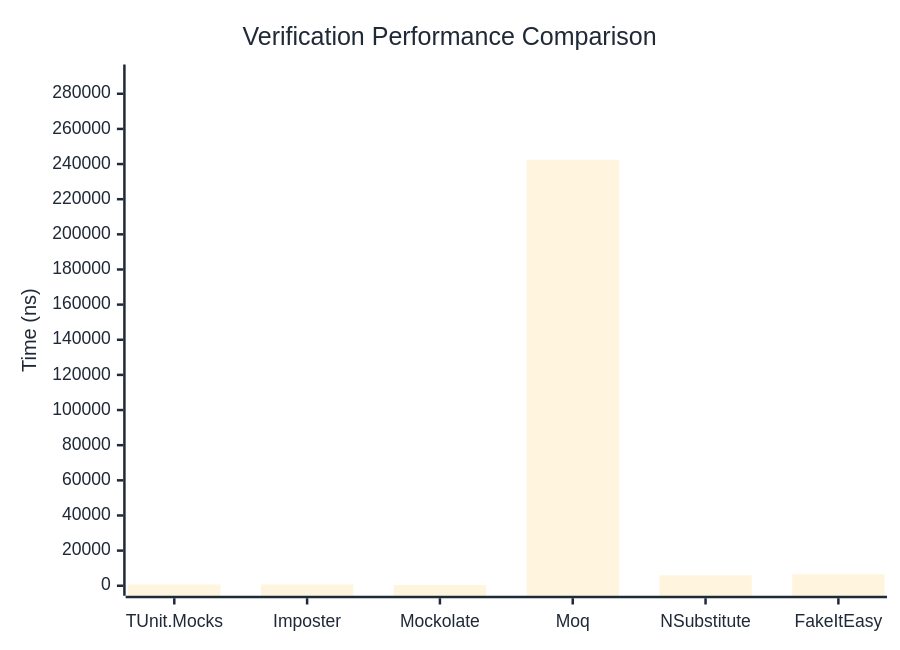
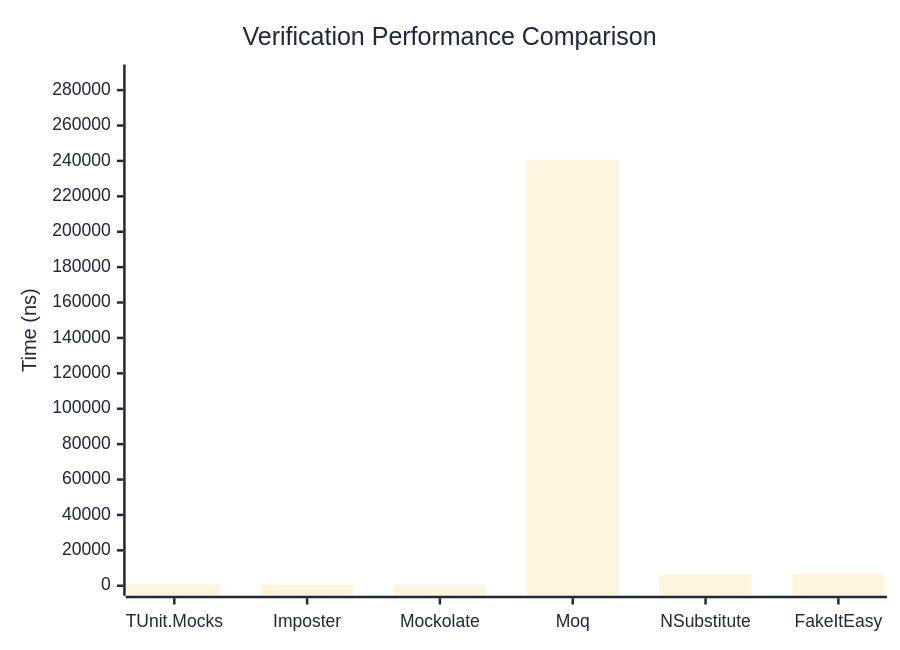
Before and after one commit to thomhurst/TUnit: the first of 3 diagrams in docs/docs/benchmarks/mocks/Verification.md, drawn with Mermaid. The commit also changed other lines of this file and 14 other files, not shown here.

````diff
--- a/docs/docs/benchmarks/mocks/Verification.md
+++ b/docs/docs/benchmarks/mocks/Verification.md
@@ -28,27 +28,27 @@
 ```mermaid
 %%{init: {
   'theme':'base',
   'themeVariables': {
     'primaryColor': '#2563eb',
     'primaryTextColor': '#1f2937',
     'primaryBorderColor': '#1e40af',
     'lineColor': '#6b7280',
     'secondaryColor': '#7c3aed',
     'tertiaryColor': '#dc2626',
     'background': '#ffffff',
     'pie1': '#2563eb',
     'pie2': '#7c3aed',
     'pie3': '#dc2626',
     'pie4': '#f59e0b',
     'pie5': '#10b981',
     'pie6': '#06b6d4',
     'pie7': '#ec4899',
     'pie8': '#6366f1'
   }
 }}%%
 xychart-beta
   title "Verification Performance Comparison"
   x-axis ["TUnit.Mocks", "Imposter", "Mockolate", "Moq", "NSubstitute", "FakeItEasy"]
-  y-axis "Time (ns)" 0 --> 290968
-  bar [737.95, 702.46, 406.58, 242472.66, 5919.85, 6583.51]
+  y-axis "Time (ns)" 0 --> 288824
+  bar [768.38, 728.9, 420.23, 240686.23, 6177.72, 6876.82]
 ```
````
